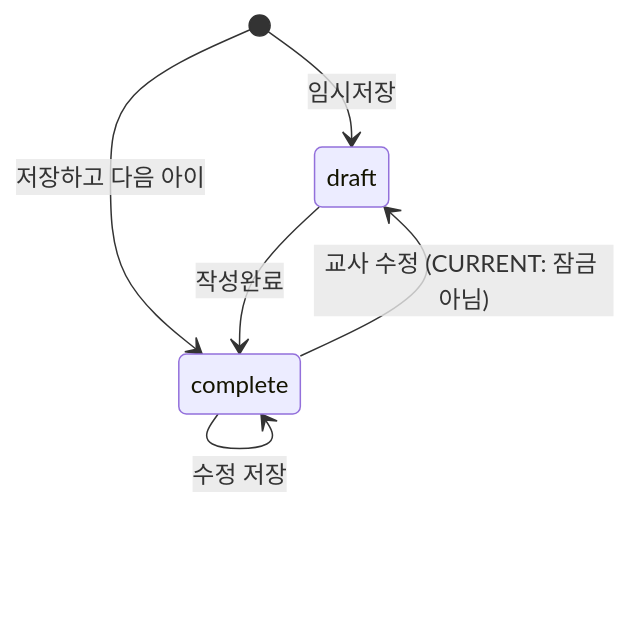
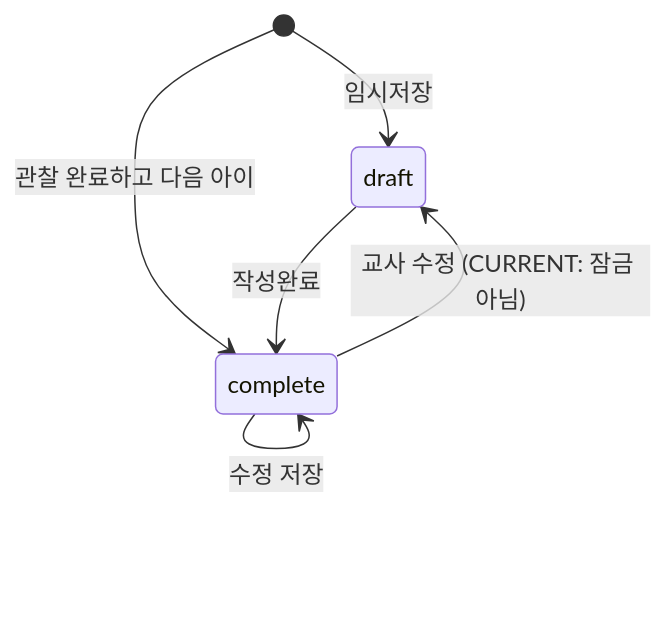
Before and after one commit to SOYESKIDS/teachable-art-play3: the second of 6 diagrams in docs/02-ia/state-error-model.md, drawn with Mermaid. The commit also changed other lines of this file and 23 other files, not shown here.

````diff
--- a/docs/02-ia/state-error-model.md
+++ b/docs/02-ia/state-error-model.md
@@ -53,8 +53,8 @@
 ```mermaid
 stateDiagram-v2
   [*] --> draft: 임시저장
-  [*] --> complete: 저장하고 다음 아이
+  [*] --> complete: 관찰 완료하고 다음 아이
   draft --> complete: 작성완료
   complete --> draft: 교사 수정 (CURRENT: 잠금 아님)
   complete --> complete: 수정 저장
 ```
````
